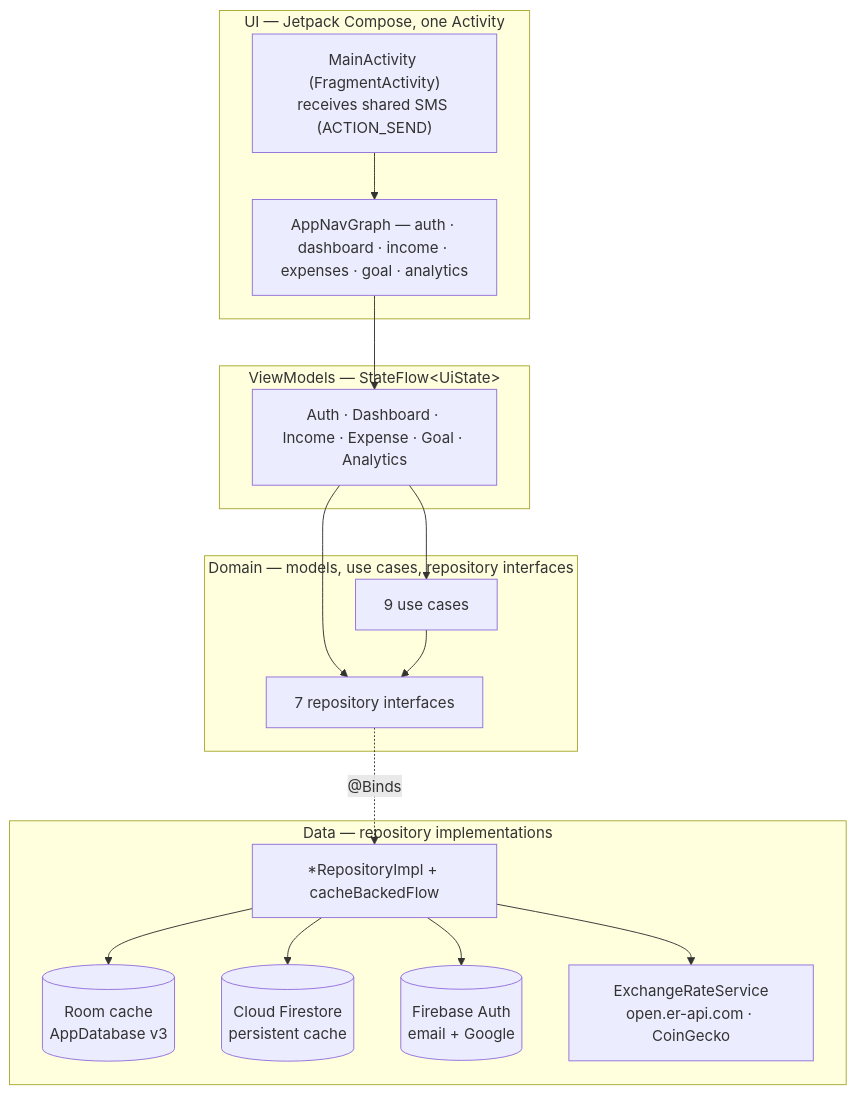
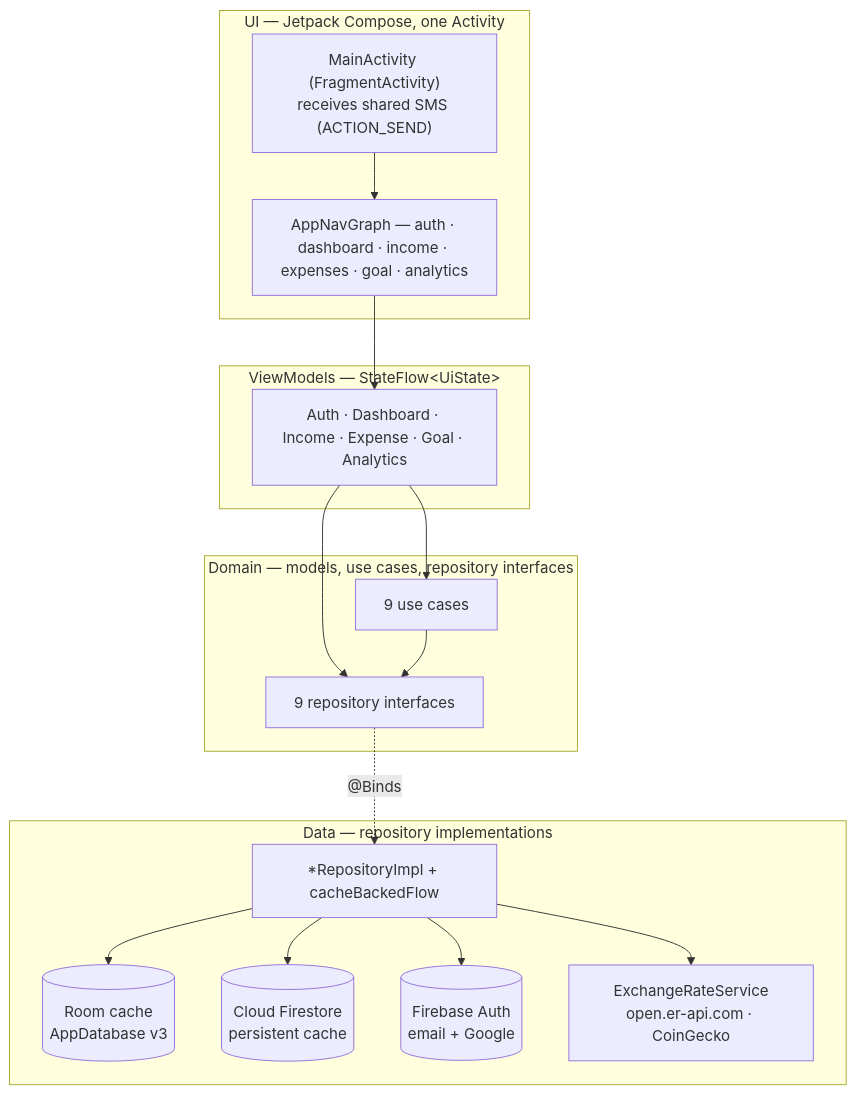
One commit to Hesara2003/PulseFinance-SE3092 changed the first of 3 diagrams in docs/ARCHITECTURE.md. Above: the diagram before and after it, drawn with Mermaid. The commit also changed other lines of this file and 4 other files, not shown here.

First line of the commit message:
docs: bring architecture, design system and features up to date

````diff
--- a/docs/ARCHITECTURE.md
+++ b/docs/ARCHITECTURE.md
@@ -23,31 +23,31 @@
 ```mermaid
 flowchart TB
     subgraph UI["UI — Jetpack Compose, one Activity"]
         MA["MainActivity (FragmentActivity)<br/>receives shared SMS (ACTION_SEND)"]
         NAV["AppNavGraph — auth · dashboard · income · expenses · goal · analytics"]
         MA --> NAV
     end
     subgraph VM["ViewModels — StateFlow&lt;UiState&gt;"]
         VMS["Auth · Dashboard · Income · Expense · Goal · Analytics"]
     end
     subgraph DOM["Domain — models, use cases, repository interfaces"]
         UC["9 use cases"]
-        RI["7 repository interfaces"]
+        RI["9 repository interfaces"]
     end
     subgraph DATA["Data — repository implementations"]
         IMPL["*RepositoryImpl + cacheBackedFlow"]
         ROOM[("Room cache<br/>AppDatabase v3")]
         FS[("Cloud Firestore<br/>persistent cache")]
         FA[("Firebase Auth<br/>email + Google")]
         RATES["ExchangeRateService<br/>open.er-api.com · CoinGecko"]
     end
     NAV --> VMS
     VMS --> UC
     VMS --> RI
     UC --> RI
     RI -.->|"@Binds"| IMPL
     IMPL --> ROOM
     IMPL --> FS
     IMPL --> FA
     IMPL --> RATES
 ```
````
